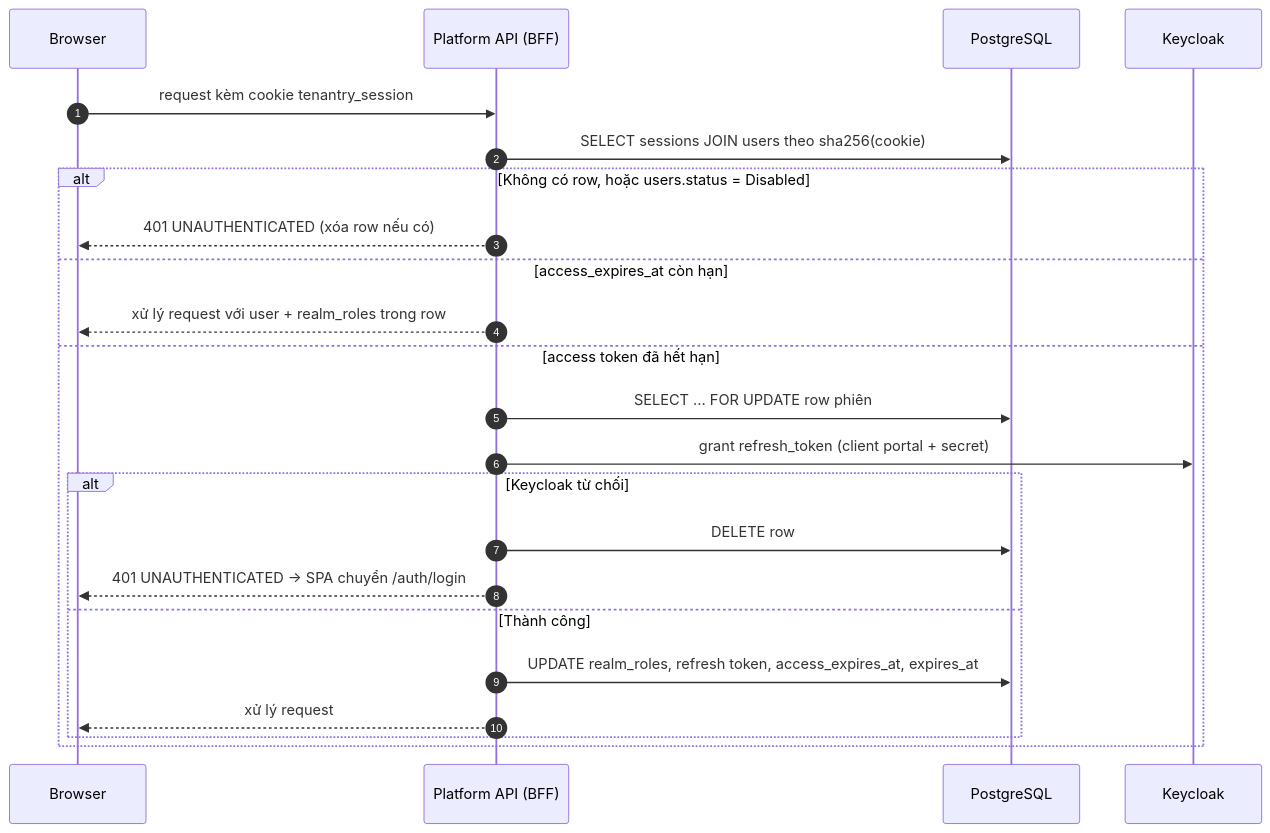
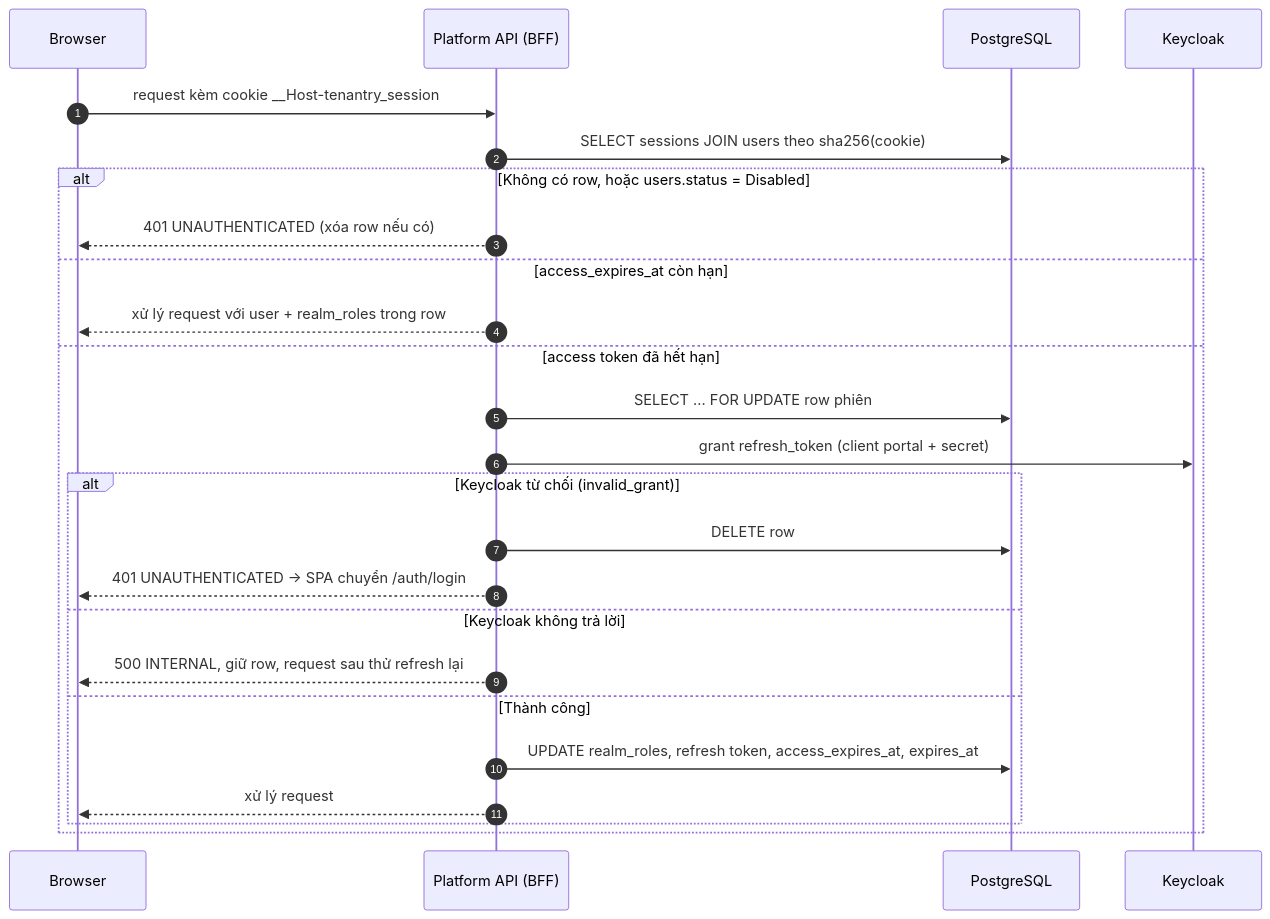
The third of 4 diagrams in docs/architecture/06-security-and-identity.md (thaihoc1310/tenantry), drawn with Mermaid before and after one commit. The commit also changed other lines of this file and 14 other files, not shown here.

````diff
--- a/docs/architecture/06-security-and-identity.md
+++ b/docs/architecture/06-security-and-identity.md
@@ -128,26 +133,28 @@
 ```mermaid
 sequenceDiagram
   autonumber
   participant B as Browser
   participant API as Platform API (BFF)
   participant DB as PostgreSQL
   participant KC as Keycloak
 
-  B->>API: request kèm cookie tenantry_session
+  B->>API: request kèm cookie __Host-tenantry_session
   API->>DB: SELECT sessions JOIN users theo sha256(cookie)
   alt Không có row, hoặc users.status = Disabled
     API-->>B: 401 UNAUTHENTICATED (xóa row nếu có)
   else access_expires_at còn hạn
     API-->>B: xử lý request với user + realm_roles trong row
   else access token đã hết hạn
     API->>DB: SELECT ... FOR UPDATE row phiên
     API->>KC: grant refresh_token (client portal + secret)
-    alt Keycloak từ chối
+    alt Keycloak từ chối (invalid_grant)
       API->>DB: DELETE row
       API-->>B: 401 UNAUTHENTICATED → SPA chuyển /auth/login
+    else Keycloak không trả lời
+      API-->>B: 500 INTERNAL, giữ row, request sau thử refresh lại
     else Thành công
       API->>DB: UPDATE realm_roles, refresh token, access_expires_at, expires_at
       API-->>B: xử lý request
     end
   end
 ```
````
